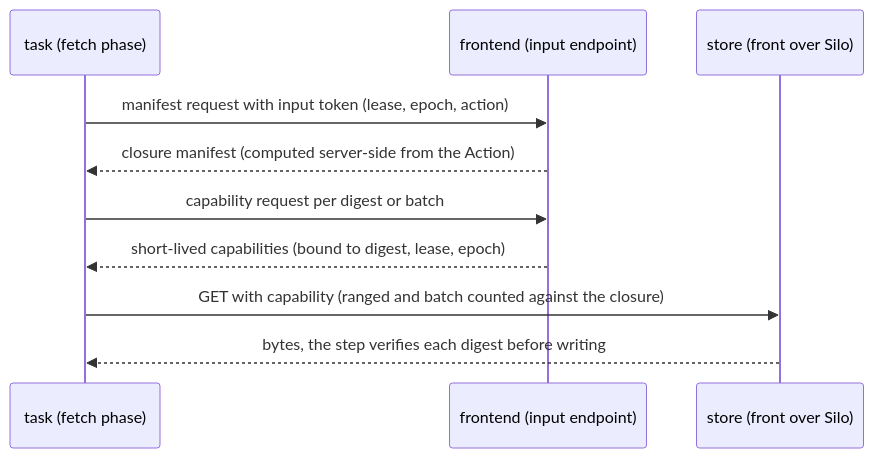
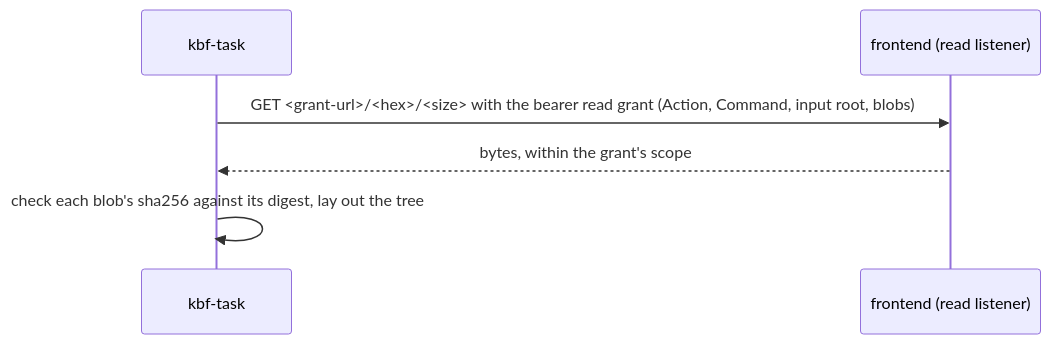
One commit to komira-ai/jobscheduler changed the seventh of 14 diagrams in docs/design/kbf-on-js-agent.md. Above: the diagram before and after it, drawn with Mermaid. The commit also changed other lines of this file and 2 other files, not shown here.

First line of the commit message:
DESIGN: kbf on js-agent, fold in the lease-server integration, kbf-task, node side, live tierstore and read grant

````diff
--- a/docs/design/kbf-on-js-agent.md
+++ b/docs/design/kbf-on-js-agent.md
@@ -420,12 +427,8 @@
 ```mermaid
 sequenceDiagram
-  participant X as task (fetch phase)
-  participant F as frontend (input endpoint)
-  participant O as store (front over Silo)
-  X->>F: manifest request with input token (lease, epoch, action)
-  F-->>X: closure manifest (computed server-side from the Action)
-  X->>F: capability request per digest or batch
-  F-->>X: short-lived capabilities (bound to digest, lease, epoch)
-  X->>O: GET with capability (ranged and batch counted against the closure)
-  O-->>X: bytes, the step verifies each digest before writing
+  participant X as kbf-task
+  participant F as frontend (read listener)
+  X->>F: GET <grant-url>/<hex>/<size> with the bearer read grant (Action, Command, input root, blobs)
+  F-->>X: bytes, within the grant's scope
+  X->>X: check each blob's sha256 against its digest, lay out the tree
 ```
````
